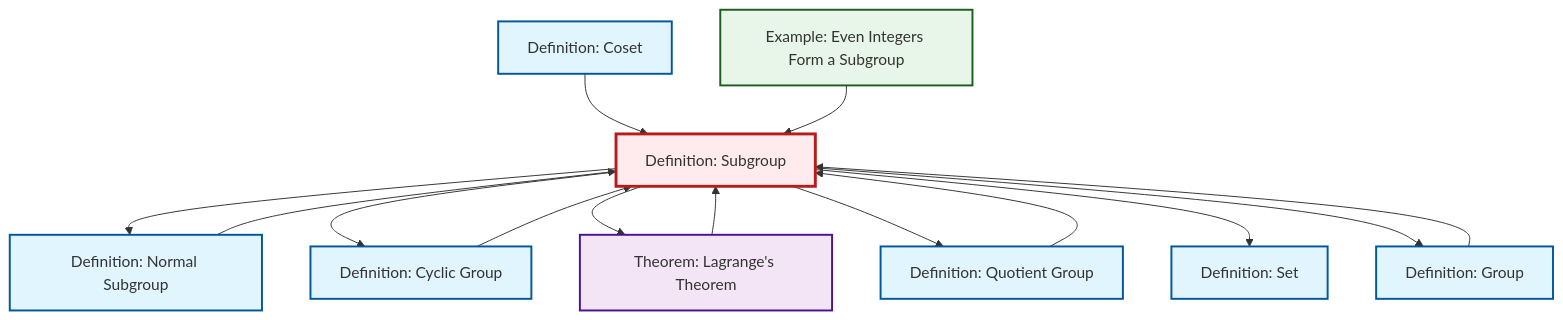
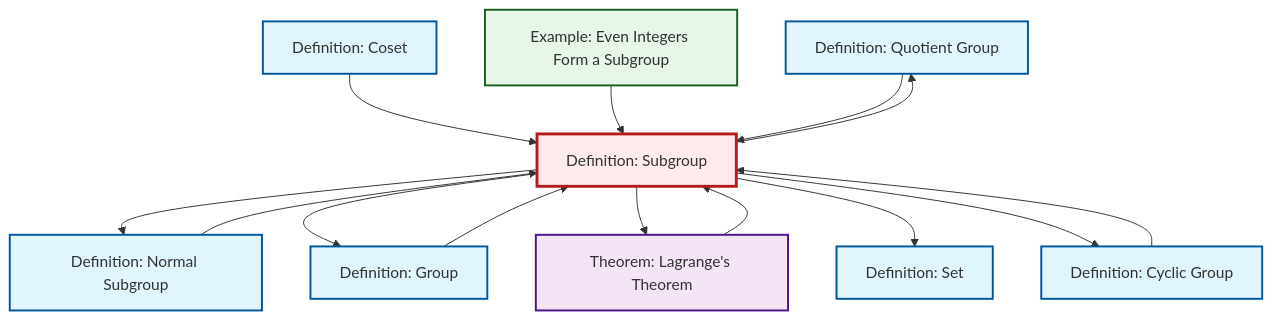
Before and after one commit to RK0429/ModernMath: the diagram in content/ja/algebra/def-subgroup.qmd, drawn with Mermaid. The commit also changed other lines of this file and 474 other files, not shown here.

````diff
--- a/content/ja/algebra/def-subgroup.qmd
+++ b/content/ja/algebra/def-subgroup.qmd
@@ -53,40 +53,40 @@
 ```{mermaid}
 %%| fig-cap: "Local dependency graph"
 graph TD
     classDef definition fill:#e1f5fe,stroke:#01579b,stroke-width:2px
     classDef theorem fill:#f3e5f5,stroke:#4a148c,stroke-width:2px
     classDef axiom fill:#fff3e0,stroke:#e65100,stroke-width:2px
     classDef example fill:#e8f5e9,stroke:#1b5e20,stroke-width:2px
     classDef current fill:#ffebee,stroke:#b71c1c,stroke-width:3px
+    def-quotient-group["Definition: Quotient Group"]:::definition
     def-set["Definition: Set"]:::definition
+    def-cyclic-group["Definition: Cyclic Group"]:::definition
+    thm-lagrange["Theorem: Lagrange's Theorem"]:::theorem
     def-coset["Definition: Coset"]:::definition
+    def-normal-subgroup["Definition: Normal Subgroup"]:::definition
+    ex-even-integers-subgroup["Example: Even Integers Form a Subgroup"]:::example
     def-group["Definition: Group"]:::definition
-    def-normal-subgroup["Definition: Normal Subgroup"]:::definition
-    def-quotient-group["Definition: Quotient Group"]:::definition
-    thm-lagrange["Theorem: Lagrange's Theorem"]:::theorem
-    ex-even-integers-subgroup["Example: Even Integers Form a Subgroup"]:::example
-    def-cyclic-group["Definition: Cyclic Group"]:::definition
     def-subgroup["Definition: Subgroup"]:::definition
+    def-subgroup --> def-quotient-group
+    thm-lagrange --> def-subgroup
+    def-coset --> def-subgroup
+    def-normal-subgroup --> def-subgroup
+    ex-even-integers-subgroup --> def-subgroup
+    def-cyclic-group --> def-subgroup
+    def-quotient-group --> def-subgroup
+    def-group --> def-subgroup
     def-subgroup --> def-normal-subgroup
-    def-coset --> def-subgroup
+    def-subgroup --> def-group
+    def-subgroup --> thm-lagrange
+    def-subgroup --> def-set
     def-subgroup --> def-cyclic-group
-    def-group --> def-subgroup
-    def-cyclic-group --> def-subgroup
-    def-subgroup --> thm-lagrange
-    thm-lagrange --> def-subgroup
-    def-quotient-group --> def-subgroup
-    def-normal-subgroup --> def-subgroup
-    def-subgroup --> def-quotient-group
-    ex-even-integers-subgroup --> def-subgroup
-    def-subgroup --> def-set
-    def-subgroup --> def-group
     class def-subgroup current
+    click def-quotient-group "def-quotient-group.html" "Definition: Quotient Groupへ"
     click def-set "def-set.html" "Definition: Setへ"
+    click def-cyclic-group "def-cyclic-group.html" "Definition: Cyclic Groupへ"
+    click thm-lagrange "thm-lagrange.html" "Theorem: Lagrange's Theoremへ"
     click def-coset "def-coset.html" "Definition: Cosetへ"
+    click def-normal-subgroup "def-normal-subgroup.html" "Definition: Normal Subgroupへ"
+    click ex-even-integers-subgroup "ex-even-integers-subgroup.html" "Example: Even Integers Form a Subgroupへ"
     click def-group "def-group.html" "Definition: Groupへ"
-    click def-normal-subgroup "def-normal-subgroup.html" "Definition: Normal Subgroupへ"
-    click def-quotient-group "def-quotient-group.html" "Definition: Quotient Groupへ"
-    click thm-lagrange "thm-lagrange.html" "Theorem: Lagrange's Theoremへ"
-    click ex-even-integers-subgroup "ex-even-integers-subgroup.html" "Example: Even Integers Form a Subgroupへ"
-    click def-cyclic-group "def-cyclic-group.html" "Definition: Cyclic Groupへ"
 ```
````
